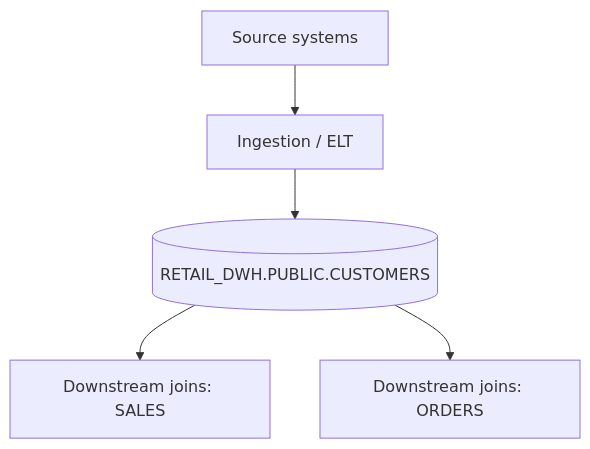
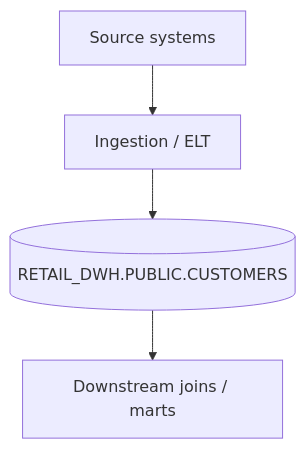
Before and after one commit to nouhailadahmany/testrepo: the diagram in docs/quality/PUBLIC/CUSTOMERS/dashboard.md, drawn with Mermaid. The commit also changed other lines of this file, not shown here.

````diff
--- a/docs/quality/PUBLIC/CUSTOMERS/dashboard.md
+++ b/docs/quality/PUBLIC/CUSTOMERS/dashboard.md
@@ -12,7 +12,6 @@
 ```mermaid
 flowchart TB
   A[Source systems] --> B[Ingestion / ELT]
   B --> C[(RETAIL_DWH.PUBLIC.CUSTOMERS)]
-  C --> D[Downstream joins: SALES]
-  C --> E[Downstream joins: ORDERS]
+  C --> D[Downstream joins / marts]
 ```
````
